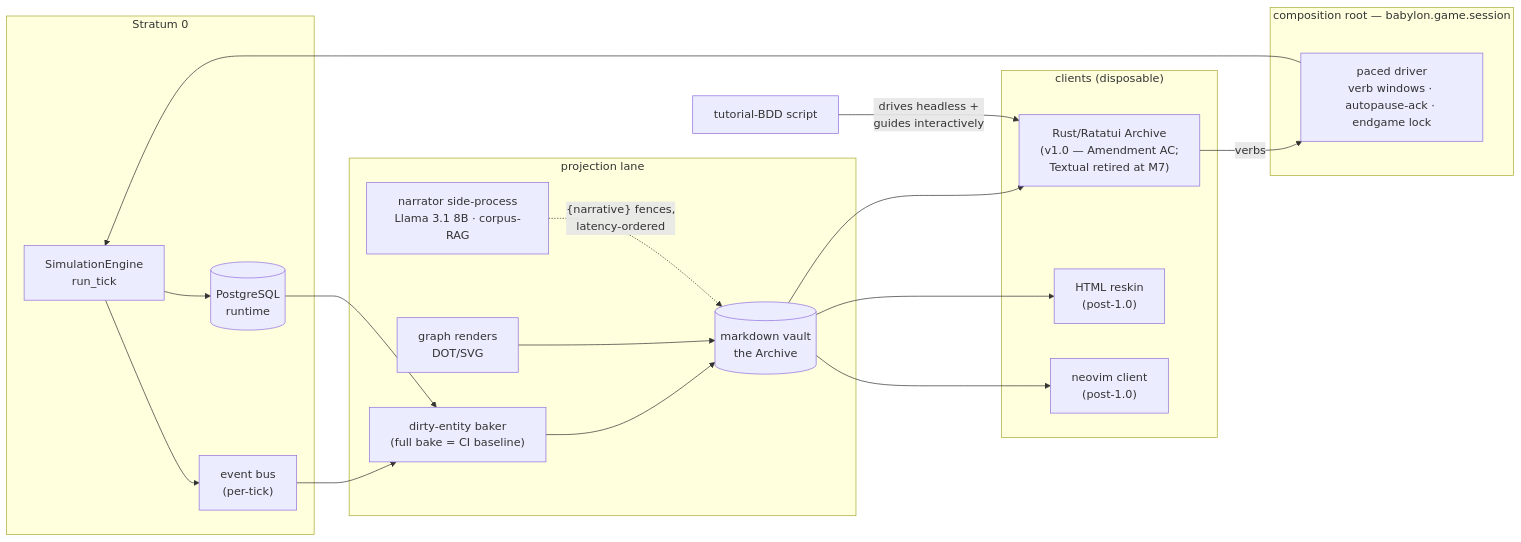
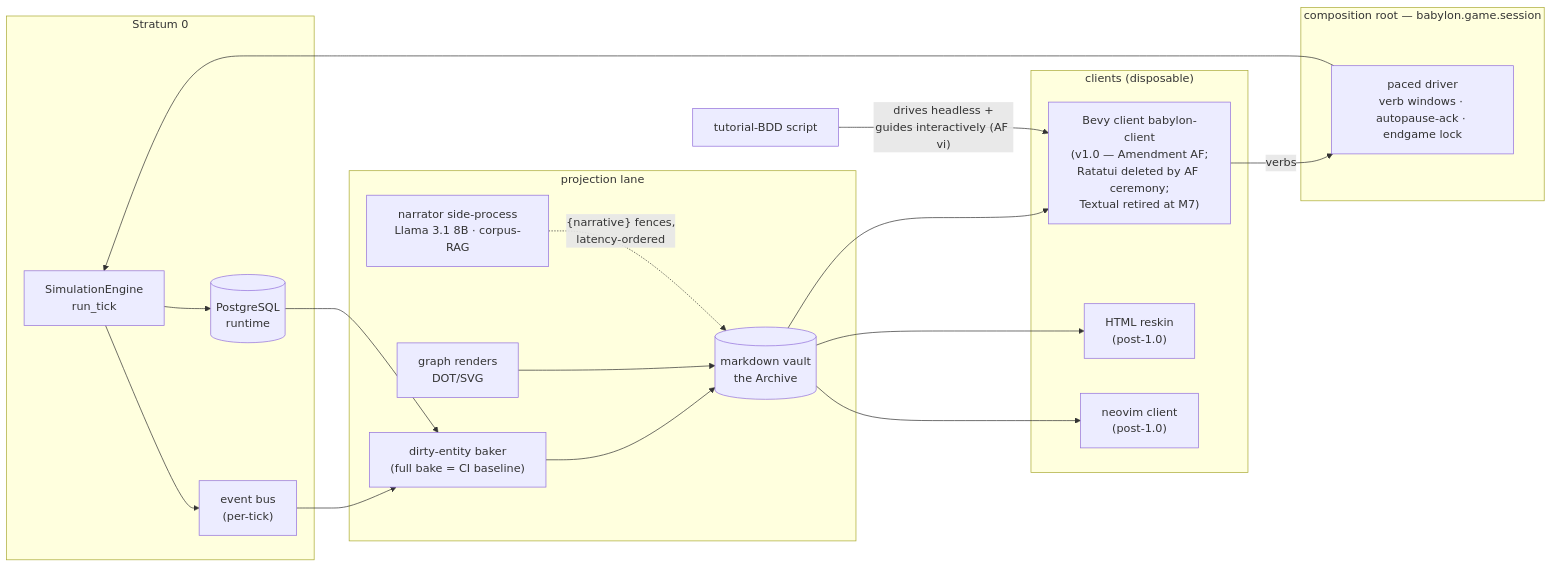
Before and after one commit to percy-raskova/babylon: the second of 2 diagrams in NORTH_STAR.md, drawn with Mermaid. The commit also changed other lines of this file and 1 other file, not shown here.

First line of the commit message:
docs(p28): constitutional sweep for Amendment AF — CLAUDE.md + NORTH_STAR

````diff
--- a/NORTH_STAR.md
+++ b/NORTH_STAR.md
@@ -148,26 +160,26 @@
 ```mermaid
 flowchart LR
     subgraph WORLD["Stratum 0"]
         E["SimulationEngine<br/>run_tick"] --> PG[("PostgreSQL<br/>runtime")]
         E --> BUS["event bus<br/>(per-tick)"]
     end
     subgraph ROOT["composition root — babylon.game.session"]
         DRV["paced driver<br/>verb windows · autopause-ack · endgame lock"]
     end
     subgraph PROJ["projection lane"]
         BAKE["dirty-entity baker<br/>(full bake = CI baseline)"] --> VAULT[("markdown vault<br/>the Archive")]
         REND["graph renders<br/>DOT/SVG"] --> VAULT
         NARR["narrator side-process<br/>Llama 3.1 8B · corpus-RAG"] -. "{narrative} fences,<br/>latency-ordered" .-> VAULT
     end
     subgraph CLIENT["clients (disposable)"]
-        TUI["Rust/Ratatui Archive<br/>(v1.0 — Amendment AC;<br/>Textual retired at M7)"]
+        BEVY["Bevy client babylon-client<br/>(v1.0 — Amendment AF;<br/>Ratatui deleted by AF ceremony;<br/>Textual retired at M7)"]
         HTML["HTML reskin<br/>(post-1.0)"]
         NVIM["neovim client<br/>(post-1.0)"]
     end
     DRV --> E
     BUS --> BAKE
     PG --> BAKE
-    VAULT --> TUI & HTML & NVIM
-    TUI -- "verbs" --> DRV
-    TUT["tutorial-BDD script"] -- "drives headless +<br/>guides interactively" --> TUI
+    VAULT --> BEVY & HTML & NVIM
+    BEVY -- "verbs" --> DRV
+    TUT["tutorial-BDD script"] -- "drives headless +<br/>guides interactively (AF vi)" --> BEVY
 ```
````
